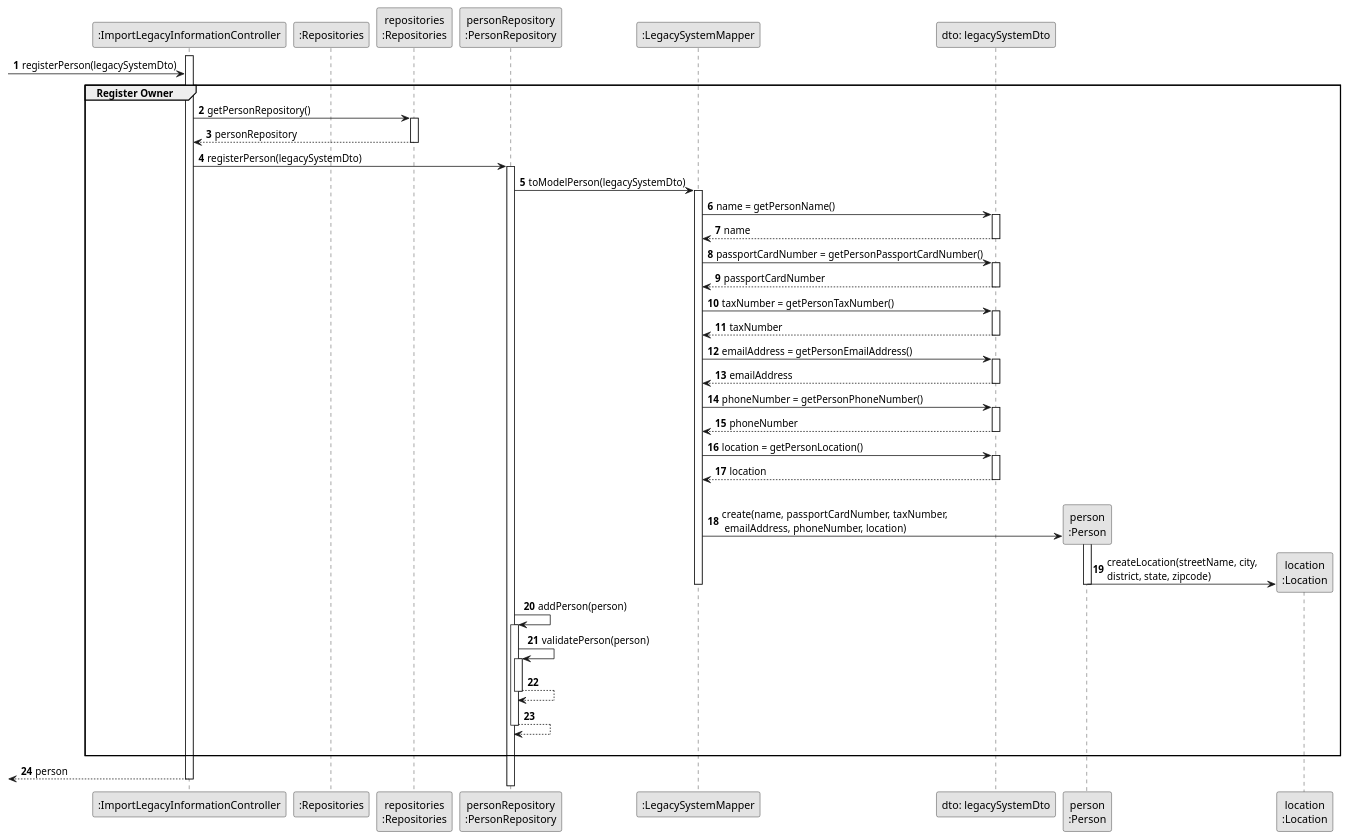
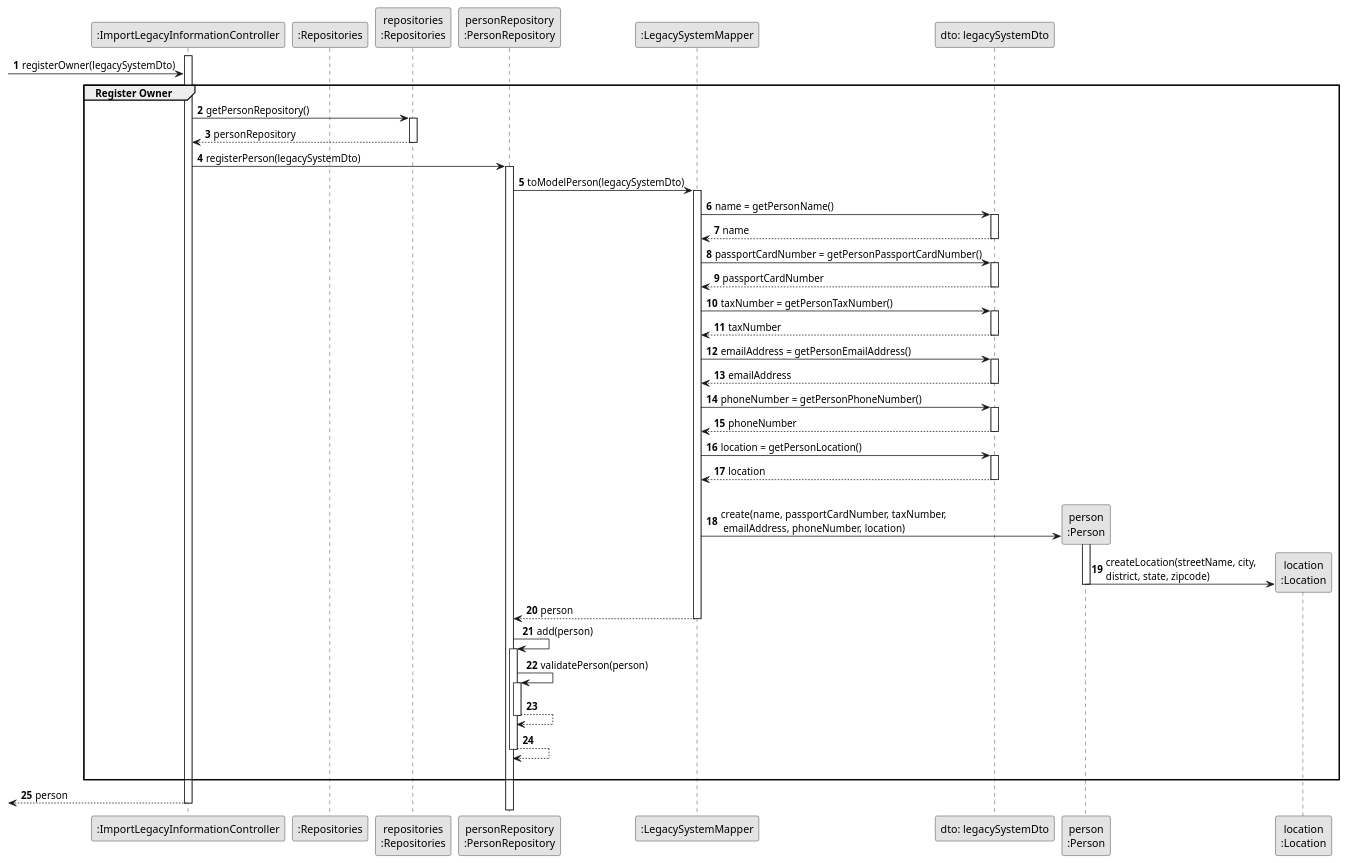
One commit to rita-barbosa/LAPR2-2223 changed the diagram in docs/sprintC/us012/03.design/puml/us012-sequence-diagram-partial-register-owner.puml. Above: the diagram before and after it, drawn with PlantUML.

Commit message:
Update partial SD - Register Owner [US012][Design]

```diff
--- a/docs/sprintC/us012/03.design/puml/us012-sequence-diagram-partial-register-owner.puml
+++ b/docs/sprintC/us012/03.design/puml/us012-sequence-diagram-partial-register-owner.puml
@@ -1,102 +1,104 @@
 @startuml
 skinparam monochrome true
 skinparam packageStyle rectangle
 skinparam shadowing false
 
 autonumber
 
 'hide footbox
 participant ":ImportLegacyInformationController" as CTRL
 participant ":Repositories" as RepositorySingleton
 participant "repositories\n:Repositories" as PLAT
 participant "personRepository\n:PersonRepository" as PERSONREP
 participant ":LegacySystemMapper" as LEGSYSTMAPPER
 participant "dto: legacySystemDto" as LEGSYSTDTO
 participant "person\n:Person" as PERSON
 participant "location\n:Location" as LOCATION
 
 
 activate CTRL
 
-    -> CTRL : registerPerson(legacySystemDto)
+    -> CTRL : registerOwner(legacySystemDto)
 
     group Register Owner
 
     CTRL -> PLAT : getPersonRepository()
     activate PLAT
 
     PLAT --> CTRL : personRepository
     deactivate PLAT
 
     CTRL -> PERSONREP : registerPerson(legacySystemDto)
     activate PERSONREP
 
     PERSONREP -> LEGSYSTMAPPER : toModelPerson(legacySystemDto)
     activate LEGSYSTMAPPER
 
     LEGSYSTMAPPER -> LEGSYSTDTO : name = getPersonName()
     activate LEGSYSTDTO
 
     LEGSYSTDTO --> LEGSYSTMAPPER : name
     deactivate LEGSYSTDTO
 
     LEGSYSTMAPPER -> LEGSYSTDTO : passportCardNumber = getPersonPassportCardNumber()
     activate LEGSYSTDTO
 
     LEGSYSTDTO --> LEGSYSTMAPPER : passportCardNumber
     deactivate LEGSYSTDTO
 
     LEGSYSTMAPPER -> LEGSYSTDTO : taxNumber = getPersonTaxNumber()
     activate LEGSYSTDTO
 
     LEGSYSTDTO --> LEGSYSTMAPPER : taxNumber
     deactivate LEGSYSTDTO
 
     LEGSYSTMAPPER -> LEGSYSTDTO : emailAddress = getPersonEmailAddress()
     activate LEGSYSTDTO
 
     LEGSYSTDTO --> LEGSYSTMAPPER : emailAddress
     deactivate LEGSYSTDTO
 
     LEGSYSTMAPPER -> LEGSYSTDTO : phoneNumber = getPersonPhoneNumber()
     activate LEGSYSTDTO
 
     LEGSYSTDTO --> LEGSYSTMAPPER : phoneNumber
     deactivate LEGSYSTDTO
 
     LEGSYSTMAPPER -> LEGSYSTDTO : location = getPersonLocation()
     activate LEGSYSTDTO
 
     LEGSYSTDTO --> LEGSYSTMAPPER : location
     deactivate LEGSYSTDTO
 
     |||
 
     LEGSYSTMAPPER -> PERSON** : create(name, passportCardNumber, taxNumber,\n emailAddress, phoneNumber, location)
     activate PERSON
 
     PERSON -> LOCATION** : createLocation(streetName, city, \ndistrict, state, zipcode)
     deactivate PERSON
+
+    LEGSYSTMAPPER --> PERSONREP : person
     deactivate LEGSYSTMAPPER
 
-    PERSONREP -> PERSONREP: addPerson(person)
+    PERSONREP -> PERSONREP: add(person)
     activate PERSONREP
 
         PERSONREP -> PERSONREP: validatePerson(person)
         activate PERSONREP
 
         PERSONREP --> PERSONREP :
         deactivate PERSONREP
 
     PERSONREP --> PERSONREP :
     deactivate PERSONREP
     |||
 
     end group
 
     <-- CTRL : person
 
 deactivate CTRL
 
 
 @enduml
```
